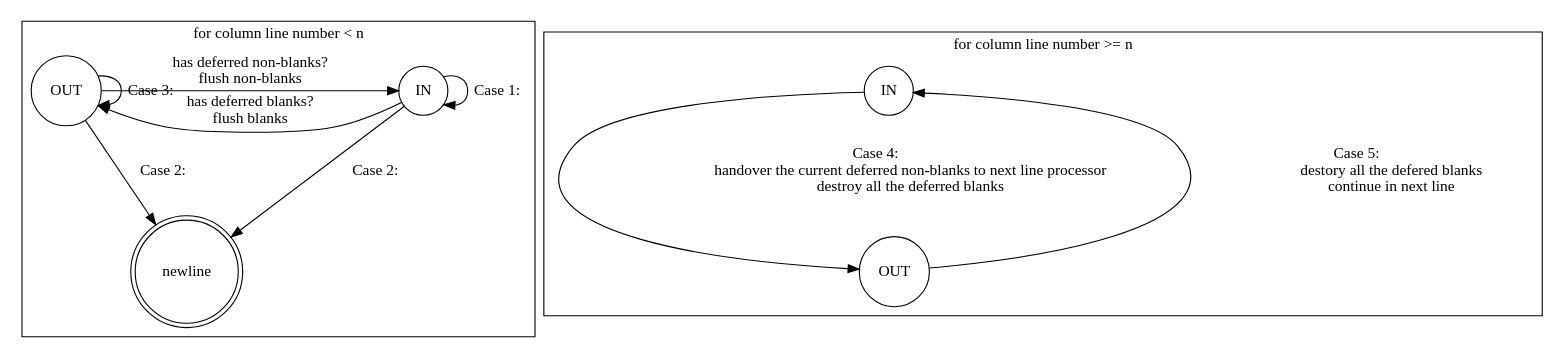
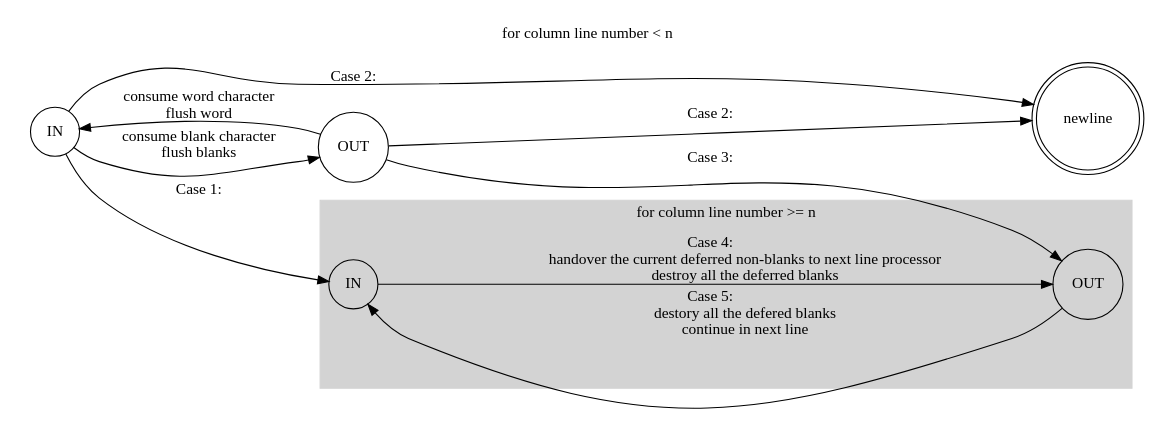
Before and after one commit to HyunggyuJang/The-C-programming-language-: the first of 3 diagrams in hacking_notebook.org, drawn with Graphviz. The commit also changed other lines of this file and 2 other files, not shown here.

Commit message:
Ex 1-22 improve the state diagram

```diff
--- a/hacking_notebook.org
+++ b/hacking_notebook.org
@@ -1841,26 +1841,30 @@
 #+BEGIN_SRC dot :exports results :file C_codes/ex1_22.png
 digraph G {
-    subgraph cluster0 {
-        node [shape = doublecircle, label="newline"] newline
-        node [shape = circle, label="IN"] IN
-        node [shape = circle, label="OUT"] OUT
-        IN -> OUT [label = "has deferred blanks?\nflush blanks", constraint = false]
-        OUT -> IN [label = "has deferred non-blanks?\nflush non-blanks", constraint = false]
-        IN -> IN [label = "Case 1:"]
-        OUT -> OUT [label = "Case 3:"]
-        {IN, OUT} -> newline [label = "Case 2:"]
-        label = "for column line number < n"
-    }
+    rankdir = LR;
     subgraph cluster1 {
+        style = filled
+        color = lightgrey
         node [shape = circle, label="IN"] in
         node [shape = circle, label="OUT"] out
         in -> out [label = "Case 4:
                    handover the current deferred non-blanks to next line processor
                    destroy all the deferred blanks"]
         out -> in [label = "Case 5:
                    destory all the defered blanks
                    continue in next line"]
         label = "for column line number >= n"
     }
+    subgraph cluster0 {
+        color = white
+        node [shape = doublecircle, label="newline"] newline
+        node [shape = circle, label="IN"] IN
+        node [shape = circle, label="OUT"] OUT
+        IN -> OUT [label = "consume blank character\nflush blanks"]
+        OUT -> IN [label = "consume word character\nflush word"]
+        IN -> in [label = "Case 1:"]
+        OUT -> out [label = "Case 3:"]
+        {IN, OUT} -> newline [label = "Case 2:"]
+        label = "for column line number < n"
+    }
 }
 #+END_SRC
```
